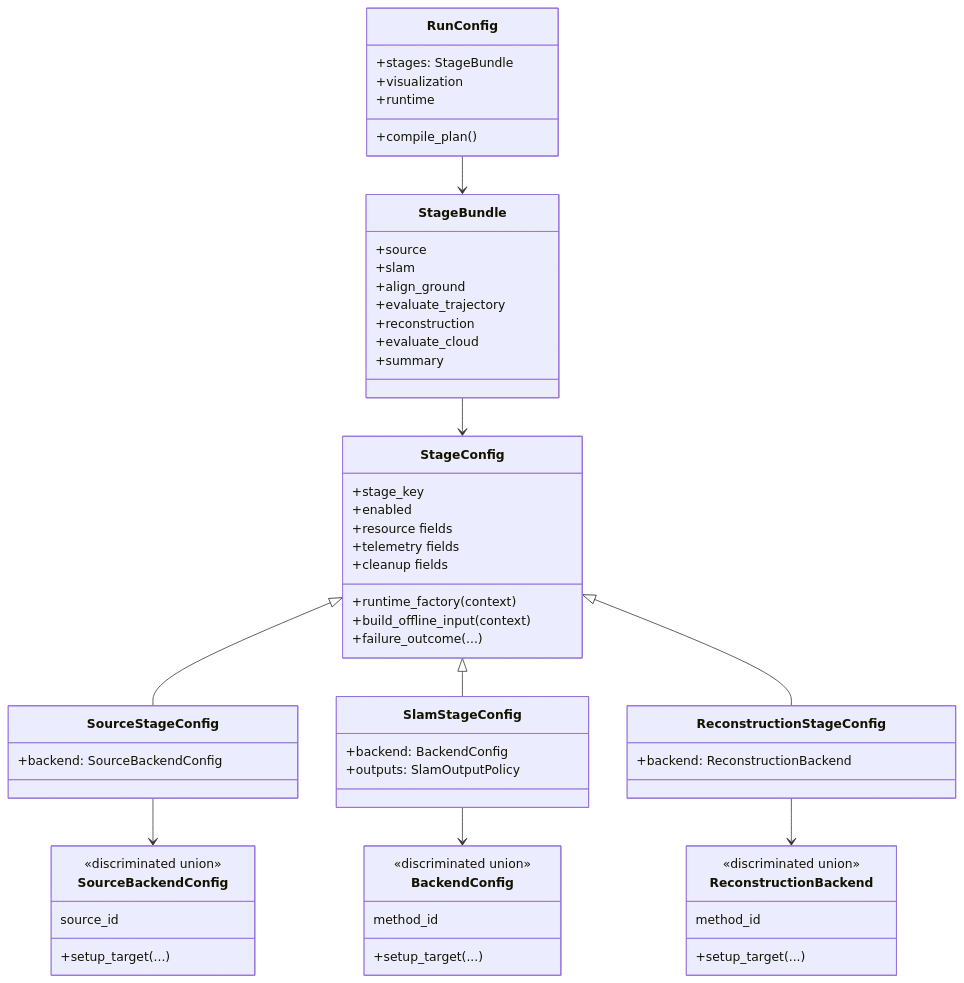
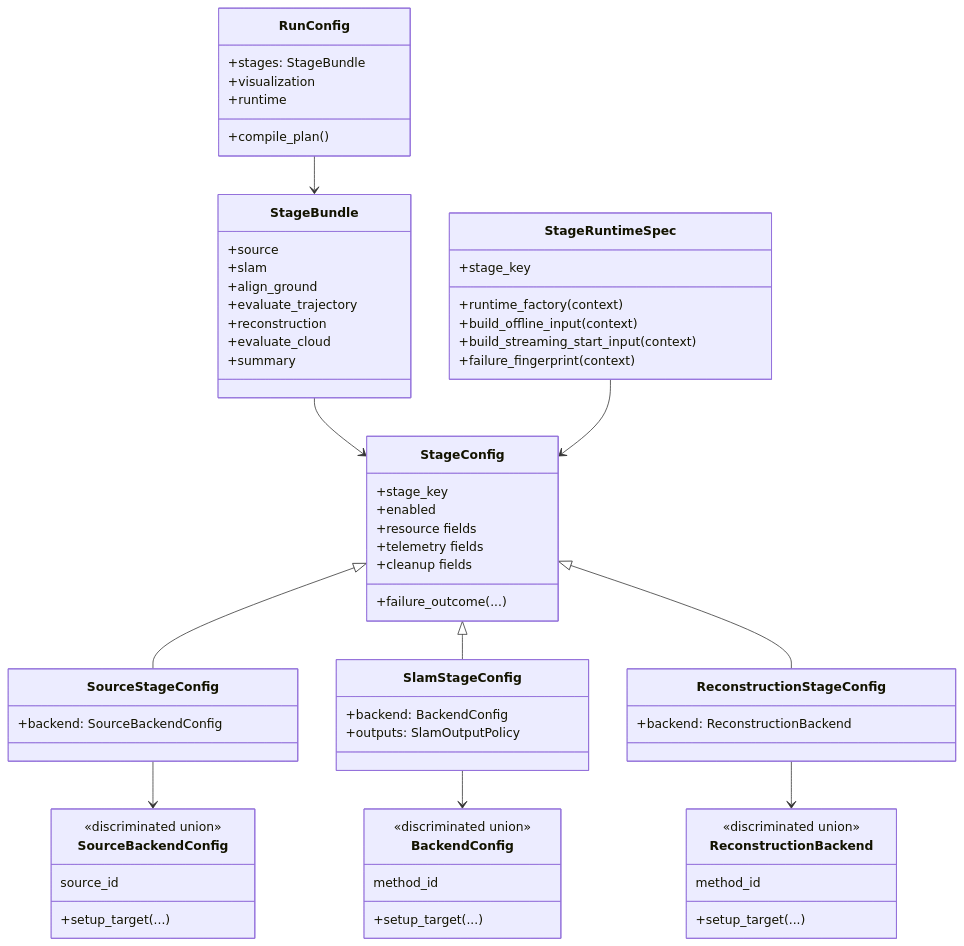
The diagram in src/prml_vslam/README.md (JanDuchscherer104/prml-vslam), drawn with Mermaid before and after one commit. The commit also changed other lines of this file and 39 other files, not shown here.

Commit message:
refactor: move stage input builders to runtime specs

````diff
--- a/src/prml_vslam/README.md
+++ b/src/prml_vslam/README.md
@@ -70,70 +72,77 @@
 ```mermaid
 classDiagram
     class RunConfig {
         +stages: StageBundle
         +visualization
         +runtime
         +compile_plan()
     }
 
     class StageBundle {
         +source
         +slam
         +align_ground
         +evaluate_trajectory
         +reconstruction
         +evaluate_cloud
         +summary
     }
 
     class StageConfig {
         +stage_key
         +enabled
         +resource fields
         +telemetry fields
         +cleanup fields
+        +failure_outcome(...)
+    }
+
+    class StageRuntimeSpec {
+        +stage_key
         +runtime_factory(context)
         +build_offline_input(context)
-        +failure_outcome(...)
+        +build_streaming_start_input(context)
+        +failure_fingerprint(context)
     }
 
     class SourceStageConfig {
         +backend: SourceBackendConfig
     }
 
     class SlamStageConfig {
         +backend: BackendConfig
         +outputs: SlamOutputPolicy
     }
 
     class ReconstructionStageConfig {
         +backend: ReconstructionBackend
     }
 
     class BackendConfig {
         <<discriminated union>>
         method_id
         +setup_target(...)
     }
 
     class SourceBackendConfig {
         <<discriminated union>>
         source_id
         +setup_target(...)
     }
 
     class ReconstructionBackend {
         <<discriminated union>>
         method_id
         +setup_target(...)
     }
 
     RunConfig --> StageBundle
     StageBundle --> StageConfig
+    StageRuntimeSpec --> StageConfig
     StageConfig <|-- SourceStageConfig
     StageConfig <|-- SlamStageConfig
     StageConfig <|-- ReconstructionStageConfig
     SourceStageConfig --> SourceBackendConfig
     SlamStageConfig --> BackendConfig
     ReconstructionStageConfig --> ReconstructionBackend
 ```
````
